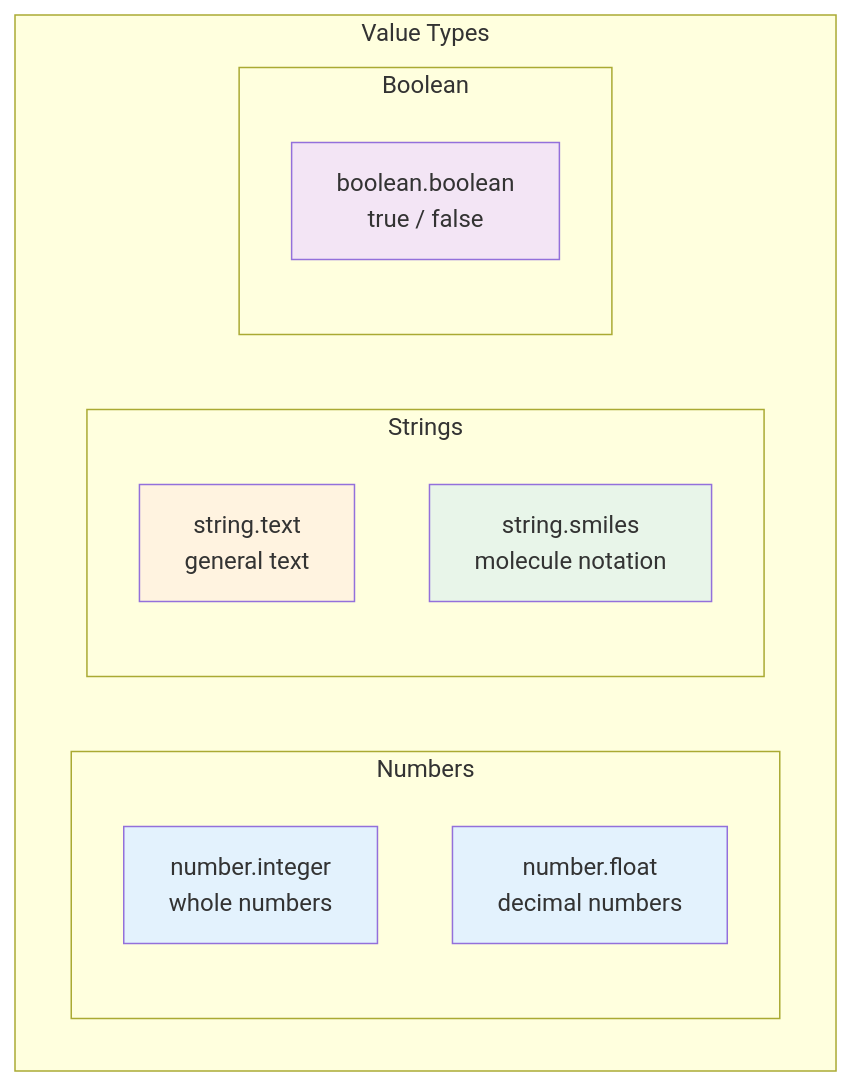
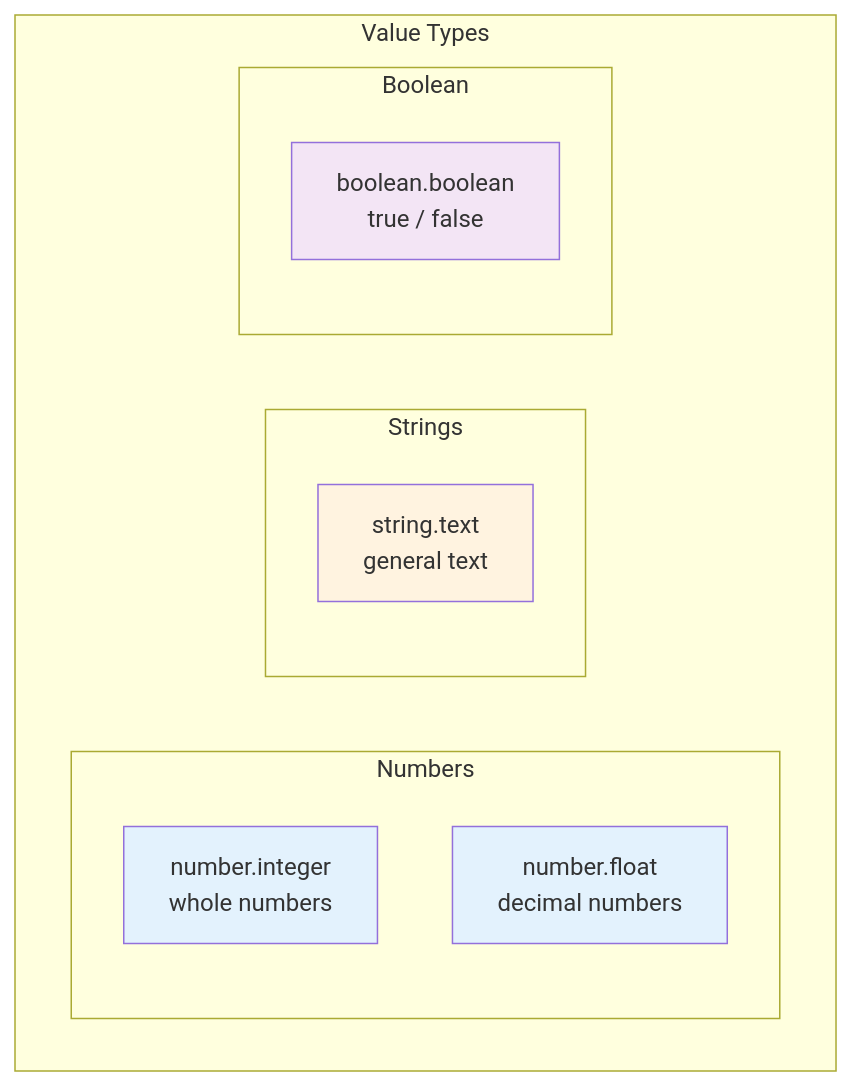
Before and after one commit to tangentlin/formulaq: the third of 26 diagrams in docs/spec.md, drawn with Mermaid. The commit also changed other lines of this file and 2 other files, not shown here.

````diff
--- a/docs/spec.md
+++ b/docs/spec.md
@@ -363,24 +363,22 @@
 ```mermaid
 flowchart TD
     subgraph "Value Types"
         subgraph "Numbers"
             INT[number.integer<br/>whole numbers]
             FLOAT[number.float<br/>decimal numbers]
         end
-        
+
         subgraph "Strings"
             TEXT[string.text<br/>general text]
-            SMILES[string.smiles<br/>molecule notation]
         end
-        
+
         subgraph "Boolean"
             BOOL[boolean.boolean<br/>true / false]
         end
     end
-    
+
     style INT fill:#e3f2fd
     style FLOAT fill:#e3f2fd
     style TEXT fill:#fff3e0
-    style SMILES fill:#e8f5e9
     style BOOL fill:#f3e5f5
 ```
````
